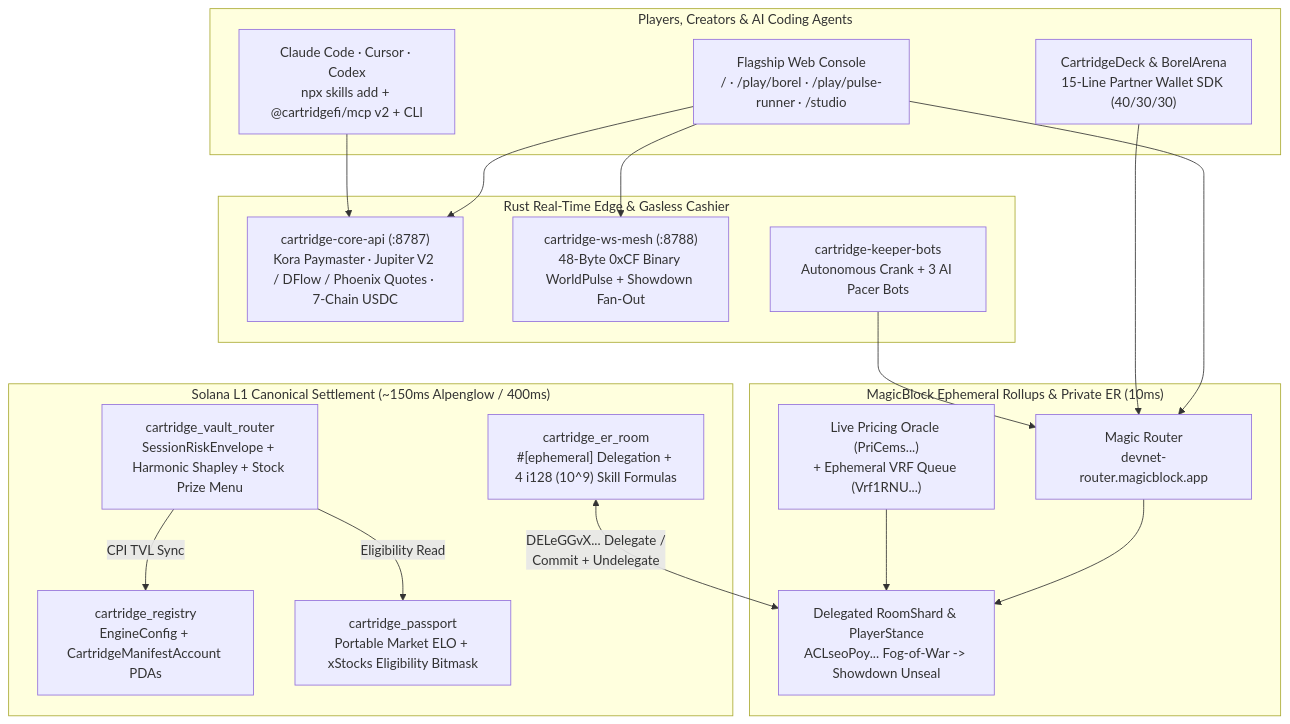
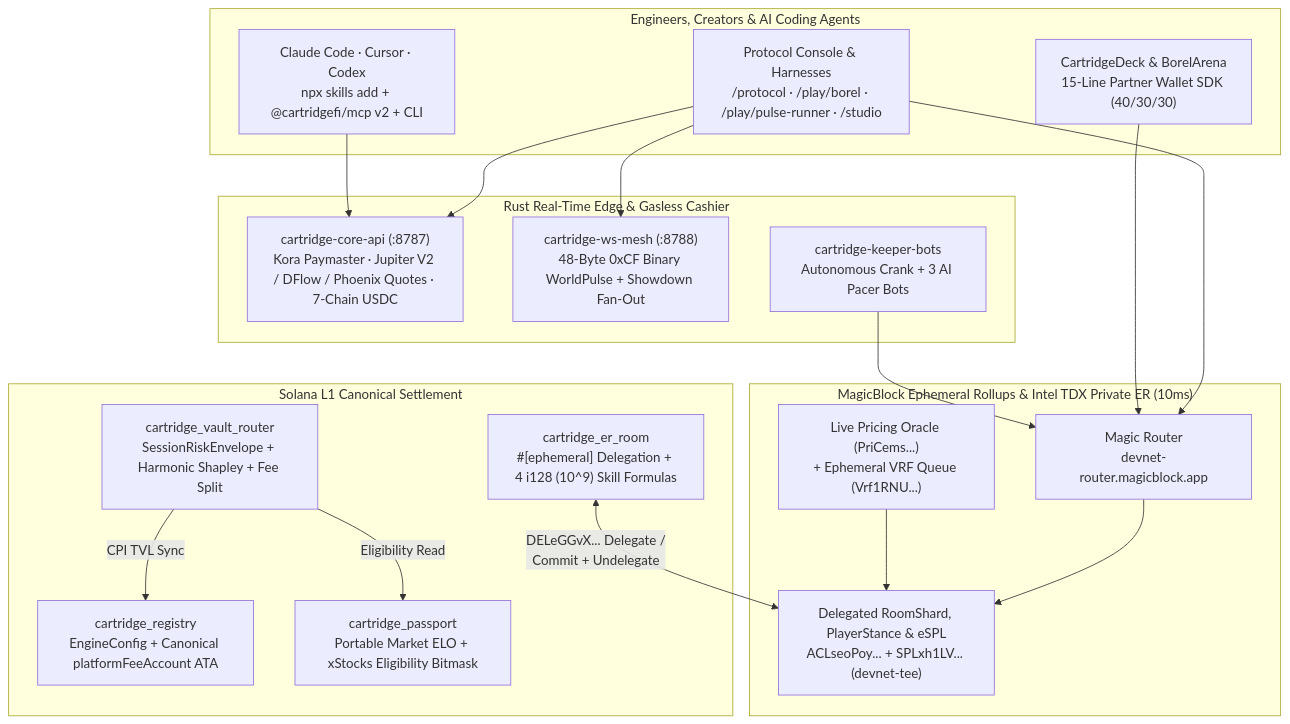
One commit to kunal-drall/cartridgefi changed the diagram in README.md. Above: the diagram before and after it, drawn with Mermaid. The commit also changed other lines of this file and 16 other files, not shown here.

Commit message:
feat(protocol): MagicBlock Blitz v10 live Devnet proof, /protocol console & priority deploy

````diff
--- a/README.md
+++ b/README.md
@@ -16,39 +16,39 @@
 ```mermaid
 flowchart TB
-  subgraph Client["Players, Creators & AI Coding Agents"]
-    Web["Flagship Web Console\n/ · /play/borel · /play/pulse-runner · /studio"]
+  subgraph Client["Engineers, Creators & AI Coding Agents"]
+    Web["Protocol Console & Harnesses\n/protocol · /play/borel · /play/pulse-runner · /studio"]
     Deck["CartridgeDeck & BorelArena\n15-Line Partner Wallet SDK (40/30/30)"]
     Agents["Claude Code · Cursor · Codex\nnpx skills add + @cartridgefi/mcp v2 + CLI"]
   end
 
   subgraph Edge["Rust Real-Time Edge & Gasless Cashier"]
     CoreAPI["cartridge-core-api (:8787)\nKora Paymaster · Jupiter V2 / DFlow / Phoenix Quotes · 7-Chain USDC"]
     WSMesh["cartridge-ws-mesh (:8788)\n48-Byte 0xCF Binary WorldPulse + Showdown Fan-Out"]
     Keepers["cartridge-keeper-bots\nAutonomous Crank + 3 AI Pacer Bots"]
   end
 
-  subgraph MagicBlock["MagicBlock Ephemeral Rollups & Private ER (10ms)"]
+  subgraph MagicBlock["MagicBlock Ephemeral Rollups & Intel TDX Private ER (10ms)"]
     Router["Magic Router\ndevnet-router.magicblock.app"]
-    PER["Delegated RoomShard & PlayerStance\nACLseoPoy... Fog-of-War -> Showdown Unseal"]
+    PER["Delegated RoomShard, PlayerStance & eSPL\nACLseoPoy... + SPLxh1LV... (devnet-tee)"]
     OracleVRF["Live Pricing Oracle (PriCems...)\n+ Ephemeral VRF Queue (Vrf1RNU...)"]
   end
 
-  subgraph SolanaL1["Solana L1 Canonical Settlement (~150ms Alpenglow / 400ms)"]
-    Registry["cartridge_registry\nEngineConfig + CartridgeManifestAccount PDAs"]
+  subgraph SolanaL1["Solana L1 Canonical Settlement"]
+    Registry["cartridge_registry\nEngineConfig + Canonical platformFeeAccount ATA"]
     ERRoom["cartridge_er_room\n#[ephemeral] Delegation + 4 i128 (10^9) Skill Formulas"]
-    Vault["cartridge_vault_router\nSessionRiskEnvelope + Harmonic Shapley + Stock Prize Menu"]
+    Vault["cartridge_vault_router\nSessionRiskEnvelope + Harmonic Shapley + Fee Split"]
     Passport["cartridge_passport\nPortable Market ELO + xStocks Eligibility Bitmask"]
   end
 
   Web --> CoreAPI
   Web --> WSMesh
   Web --> Router
   Deck --> Router
   Agents --> CoreAPI
   Keepers --> Router
   Router --> PER
   OracleVRF --> PER
   ERRoom <-->|"DELeGGvX... Delegate /\nCommit + Undelegate"| PER
   Vault -->|"CPI TVL Sync"| Registry
   Vault -->|"Eligibility Read"| Passport
 ```
````
